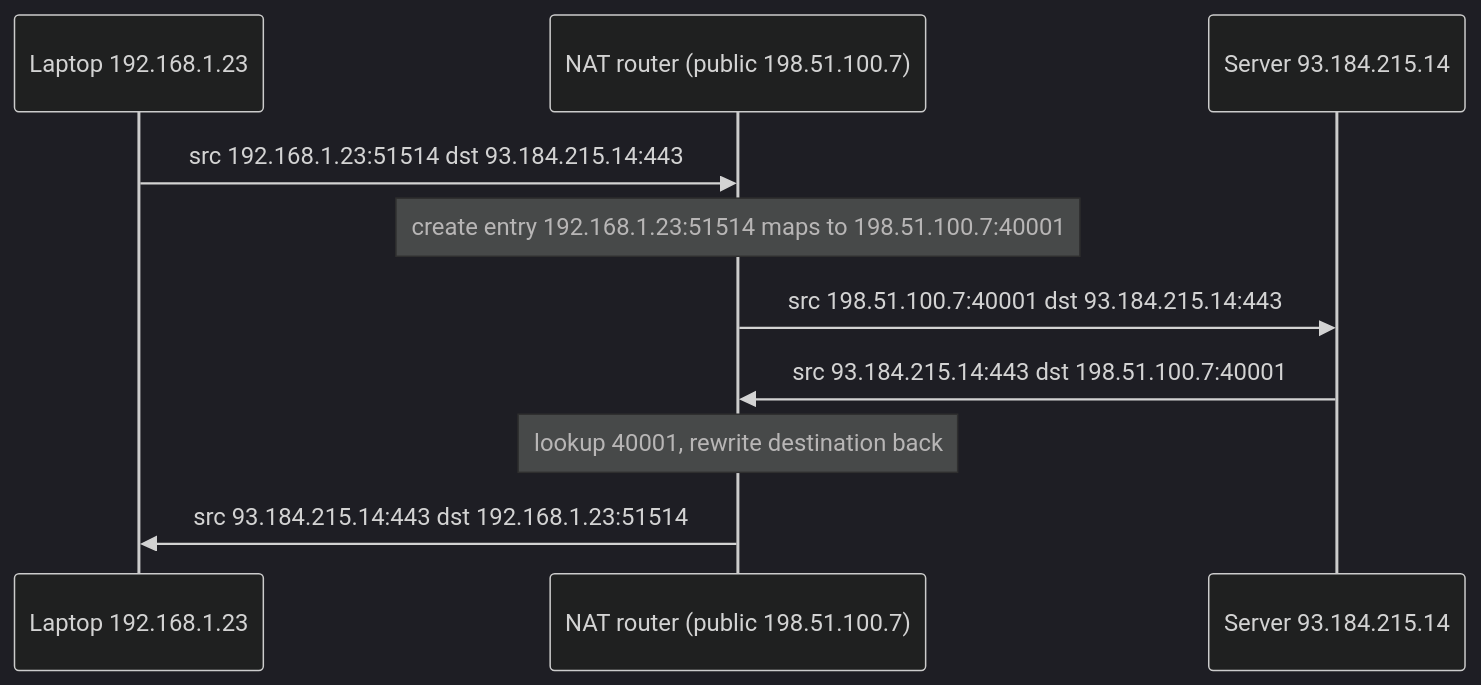
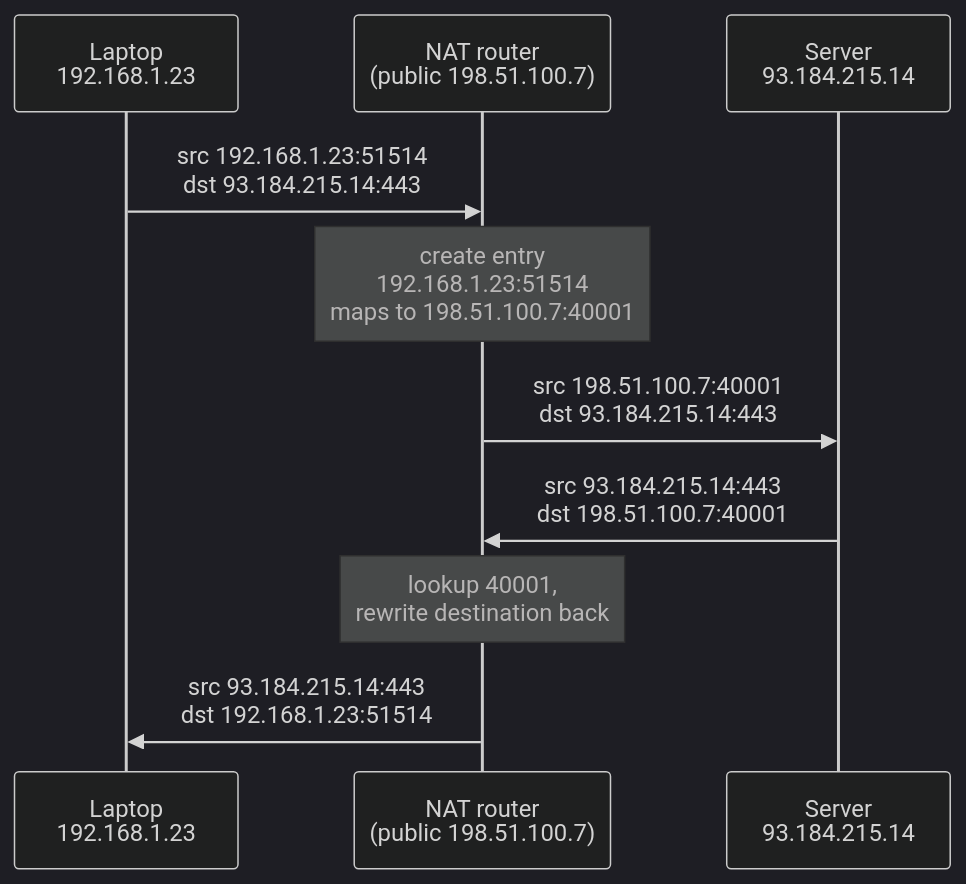
The diagram in content/lessons/cn/cn-nat.md (Siva010/CoreCS), drawn with Mermaid (dark theme) before and after one commit. The commit also changed 19 other files, not shown here.

First line of the commit message:
Merge the OS and Networks diagram readability fixes

````diff
--- a/content/lessons/cn/cn-nat.md
+++ b/content/lessons/cn/cn-nat.md
@@ -44,12 +44,12 @@
 ```mermaid
 sequenceDiagram
-    participant L as Laptop 192.168.1.23
-    participant R as NAT router (public 198.51.100.7)
-    participant S as Server 93.184.215.14
-    L->>R: src 192.168.1.23:51514 dst 93.184.215.14:443
-    Note over R: create entry 192.168.1.23:51514 maps to 198.51.100.7:40001
-    R->>S: src 198.51.100.7:40001 dst 93.184.215.14:443
-    S->>R: src 93.184.215.14:443 dst 198.51.100.7:40001
-    Note over R: lookup 40001, rewrite destination back
-    R->>L: src 93.184.215.14:443 dst 192.168.1.23:51514
+    participant L as Laptop<br/>192.168.1.23
+    participant R as NAT router<br/>(public 198.51.100.7)
+    participant S as Server<br/>93.184.215.14
+    L->>R: src 192.168.1.23:51514<br/>dst 93.184.215.14:443
+    Note over R: create entry<br/>192.168.1.23:51514<br/>maps to 198.51.100.7:40001
+    R->>S: src 198.51.100.7:40001<br/>dst 93.184.215.14:443
+    S->>R: src 93.184.215.14:443<br/>dst 198.51.100.7:40001
+    Note over R: lookup 40001,<br/>rewrite destination back
+    R->>L: src 93.184.215.14:443<br/>dst 192.168.1.23:51514
 ```
````
